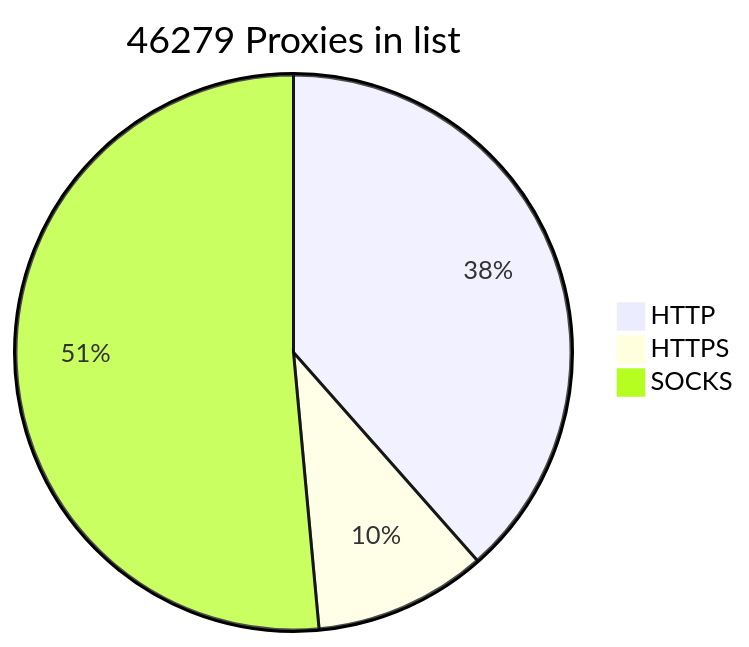
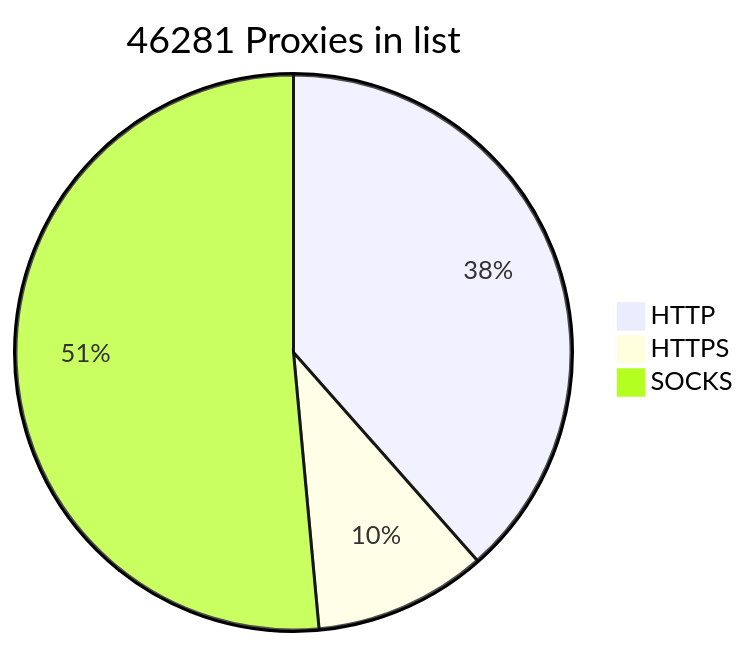
One commit to BlackSnowDot/proxylist-update-every-minute changed the diagram in README.md. Above: the diagram before and after it, drawn with Mermaid.

````diff
--- a/README.md
+++ b/README.md
@@ -2,6 +2,6 @@
 ```mermaid
-pie title 46279 Proxies in list
-    "HTTP" : 19506
+pie title 46281 Proxies in list
+    "HTTP" : 19507
     "HTTPS": 5093
-    "SOCKS" : 26088
+    "SOCKS" : 26089
 ```
````
